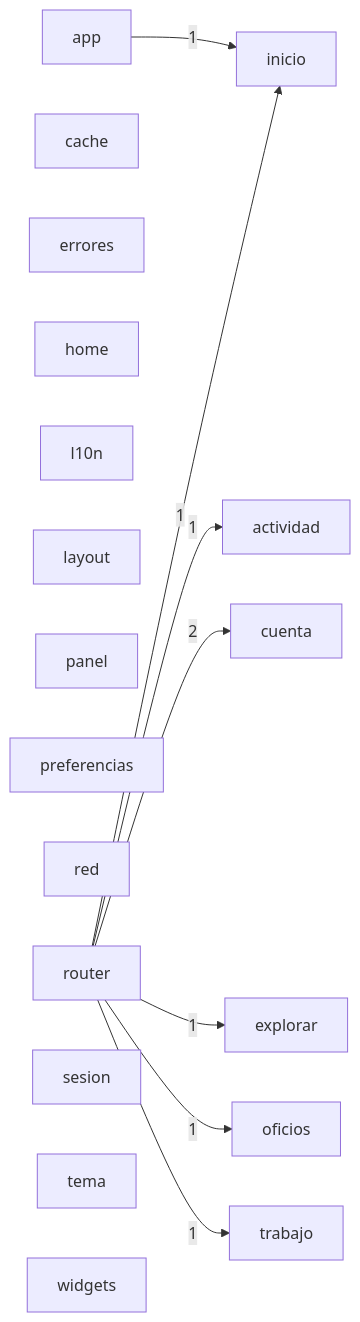
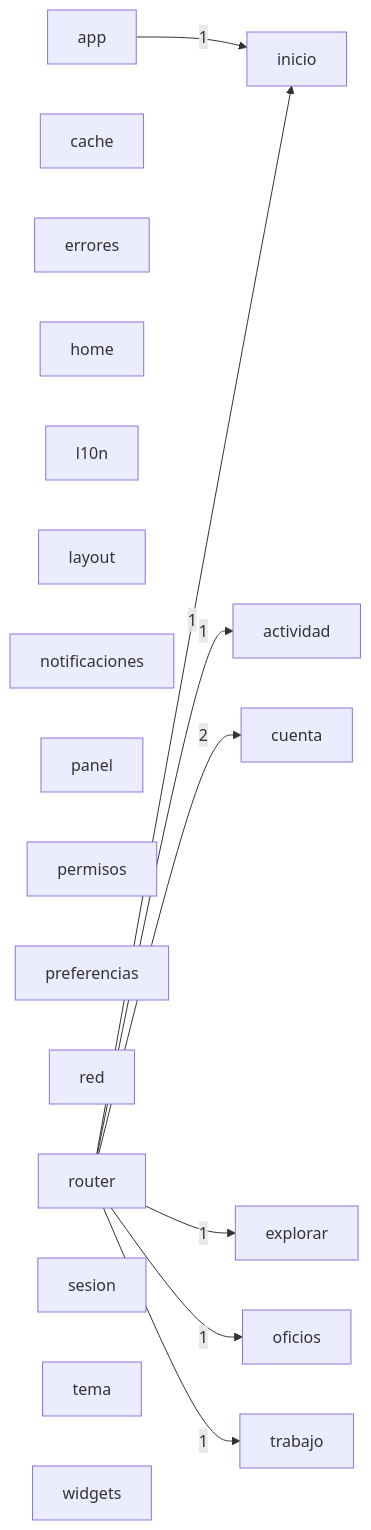
The diagram in docs/architecture/modules.mmd (JulianH2/knock-frontend), drawn with Mermaid before and after one commit. The commit also changed 33 other files, not shown here.

```diff
--- a/docs/architecture/modules.mmd
+++ b/docs/architecture/modules.mmd
@@ -1,27 +1,29 @@
 graph LR
   actividad["actividad"]
   app["app"]
   cache["cache"]
   cuenta["cuenta"]
   errores["errores"]
   explorar["explorar"]
   home["home"]
   inicio["inicio"]
   l10n["l10n"]
   layout["layout"]
+  notificaciones["notificaciones"]
   oficios["oficios"]
   panel["panel"]
+  permisos["permisos"]
   preferencias["preferencias"]
   red["red"]
   router["router"]
   sesion["sesion"]
   tema["tema"]
   trabajo["trabajo"]
   widgets["widgets"]
   app -->|1| inicio
   router -->|1| actividad
   router -->|2| cuenta
   router -->|1| explorar
   router -->|1| inicio
   router -->|1| oficios
   router -->|1| trabajo
```
